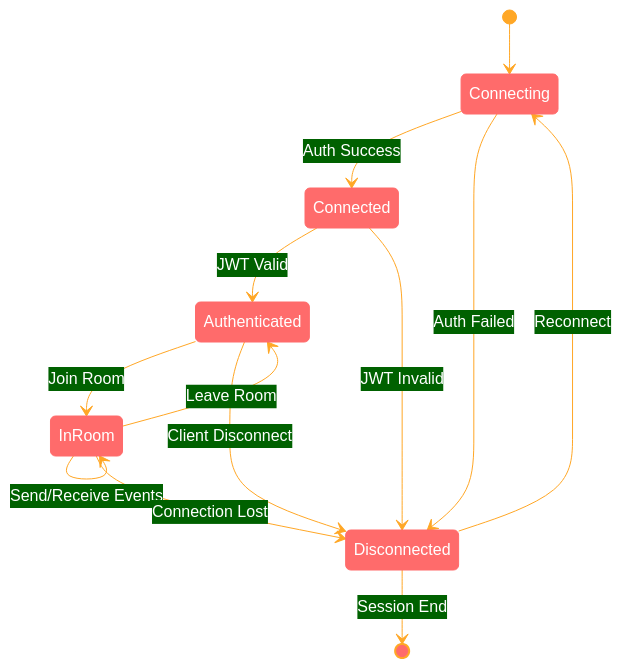
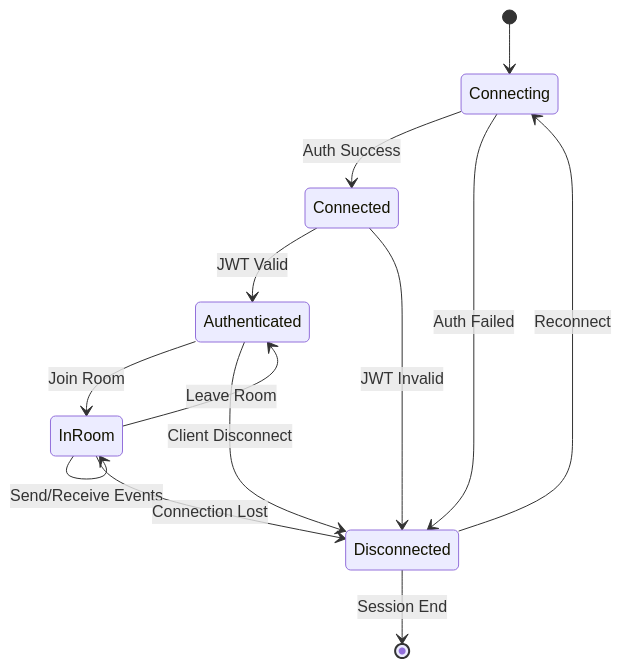
The ninth of 15 diagrams in docs/ARCHITECTURE.md (abdoElHodaky/transportapp), drawn with Mermaid before and after one commit. The commit also changed other lines of this file and 9 other files, not shown here.

````diff
--- a/docs/ARCHITECTURE.md
+++ b/docs/ARCHITECTURE.md
@@ -710,20 +973,44 @@
 ```mermaid
-%%{init: {'theme':'base', 'themeVariables': {'primaryColor':'#ff6b6b','primaryTextColor':'#fff','primaryBorderColor':'#ff6b6b','lineColor':'#ffa726','sectionBkgColor':'#ff6b6b','altSectionBkgColor':'#fff','gridColor':'#fff','secondaryColor':'#006100','tertiaryColor':'#fff'}}}%%
 stateDiagram-v2
     [*] --> Connecting
     Connecting --> Connected: Auth Success
     Connecting --> Disconnected: Auth Failed
     
     Connected --> Authenticated: JWT Valid
     Connected --> Disconnected: JWT Invalid
     
     Authenticated --> InRoom: Join Room
     InRoom --> InRoom: Send/Receive Events
     InRoom --> Authenticated: Leave Room
     
     Authenticated --> Disconnected: Client Disconnect
     InRoom --> Disconnected: Connection Lost
     
     Disconnected --> Connecting: Reconnect
     Disconnected --> [*]: Session End
+
+    %% --- DARK GRADIENT & GLOW STYLING ---
+    
+    %% Main Dashboard (Neon Cyan/Blue)
+    classDef main fill:#0d1117,stroke:#58a6ff,stroke-width:4px,color:#58a6ff,font-weight:bold;
+    
+    %% Decision Diamond (Gold Glow)
+    classDef decision fill:#161b22,stroke:#d29922,color:#d29922,stroke-dasharray: 5 5;
+    
+    %% Revenue (Emerald Gradient Style)
+    classDef revNode fill:#04190b,stroke:#3fb950,color:#aff5b4,stroke-width:2px;
+    
+    %% Commission (Purple Gradient Style)
+    classDef commNode fill:#12101e,stroke:#bc8cff,color:#e2c5ff,stroke-width:2px;
+    
+    %% Refund (Ruby Gradient Style)
+    classDef refNode fill:#1a0b0b,stroke:#ff7b72,color:#ffa198,stroke-width:2px;
+    
+    %% Earnings (Sapphire Gradient Style)
+    classDef earnNode fill:#051221,stroke:#388bfd,color:#a5d6ff,stroke-width:2px;
+
+    class A main;
+    class C decision;
+    class D revNode;
+    class I commNode;
 ```
````
